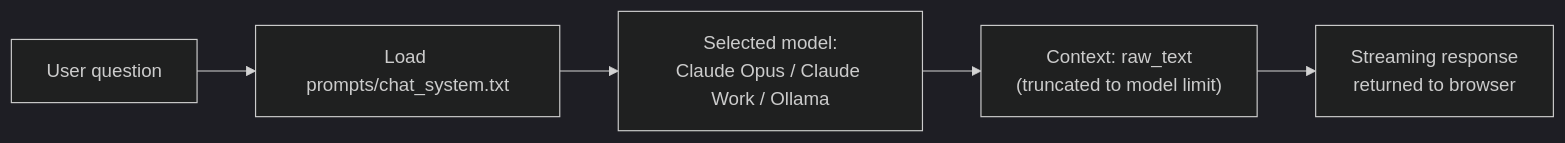
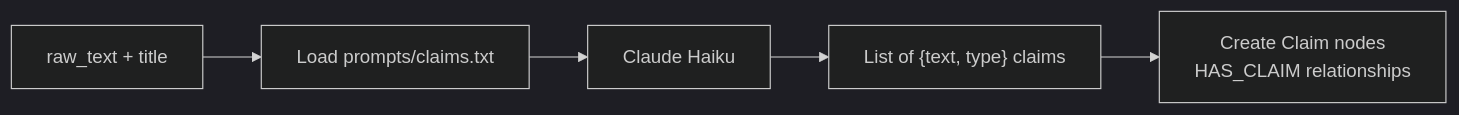
Before and after one commit to NiklasAbraham/PaperManager: the sixth of 14 diagrams in docs/technical/ai-pipelines.md, drawn with Mermaid (dark theme). The commit also changed other lines of this file and 43 other files, not shown here.

````diff
--- a/docs/technical/ai-pipelines.md
+++ b/docs/technical/ai-pipelines.md
@@ -134,7 +126,7 @@
 ```mermaid
 flowchart LR
-    Q["User question"] --> P["Load prompts/chat_system.txt"]
-    P --> C["Selected model:\nClaude Opus / Claude Work / Ollama"]
-    C --> R["Context: raw_text\n(truncated to model limit)"]
-    R --> Response["Streaming response\nreturned to browser"]
+    A["raw_text + title"] --> P["Load prompts/claims.txt"]
+    P --> C["Claude Haiku"]
+    C --> Claims["List of {text, type} claims"]
+    Claims --> DB["Create Claim nodes\nHAS_CLAIM relationships"]
 ```
````
